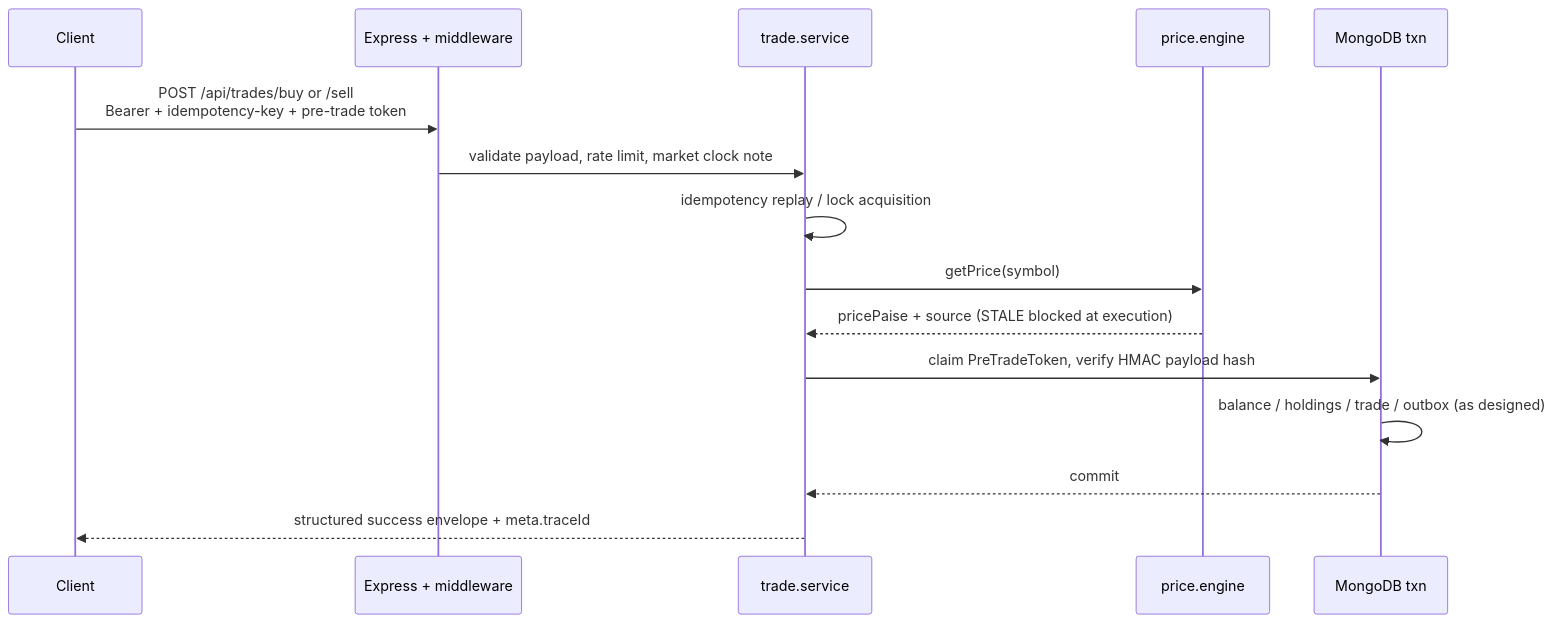
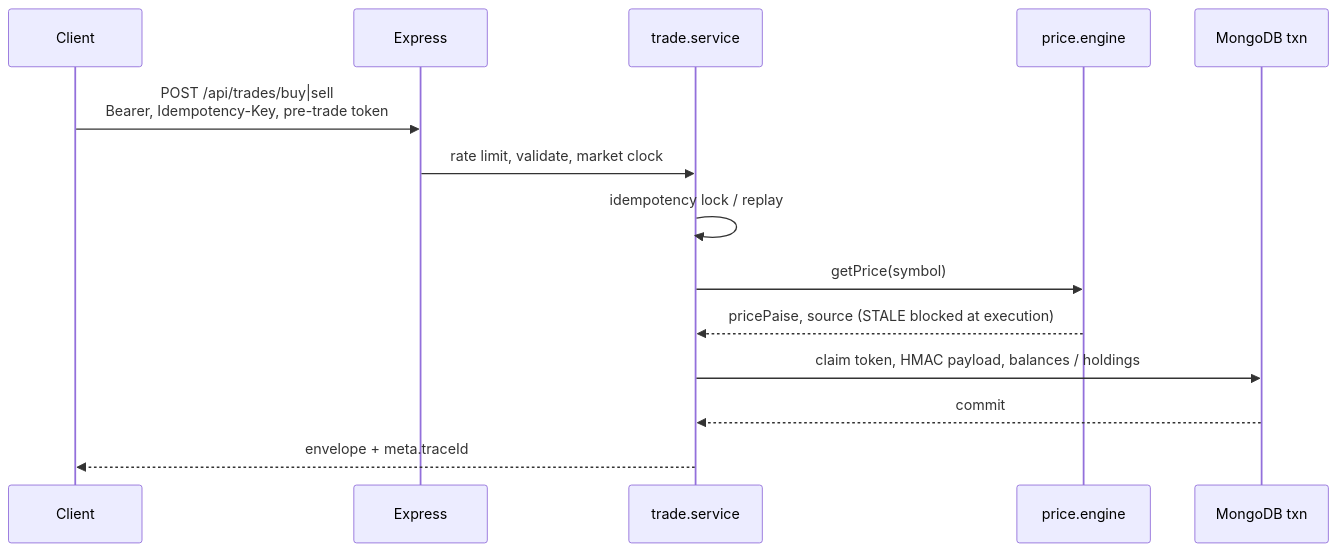
The third of 3 diagrams in README.md (shreyash-sj10/Noesis), drawn with Mermaid before and after one commit. The commit also changed other lines of this file, not shown here.

````diff
--- a/README.md
+++ b/README.md
@@ -155,18 +162,17 @@
 ```mermaid
 sequenceDiagram
   participant C as Client
-  participant E as Express + middleware
+  participant E as Express
   participant T as trade.service
   participant P as price.engine
   participant M as MongoDB txn
 
-  C->>E: POST /api/trades/buy or /sell<br/>Bearer + idempotency-key + pre-trade token
-  E->>T: validate payload, rate limit, market clock note
-  T->>T: idempotency replay / lock acquisition
+  C->>E: POST /api/trades/buy|sell<br/>Bearer, Idempotency-Key, pre-trade token
+  E->>T: rate limit, validate, market clock
+  T->>T: idempotency lock / replay
   T->>P: getPrice(symbol)
-  P-->>T: pricePaise + source (STALE blocked at execution)
-  T->>M: claim PreTradeToken, verify HMAC payload hash
-  M->>M: balance / holdings / trade / outbox (as designed)
+  P-->>T: pricePaise, source (STALE blocked at execution)
+  T->>M: claim token, HMAC payload, balances / holdings
   M-->>T: commit
-  T-->>C: structured success envelope + meta.traceId
+  T-->>C: envelope + meta.traceId
 ```
````
